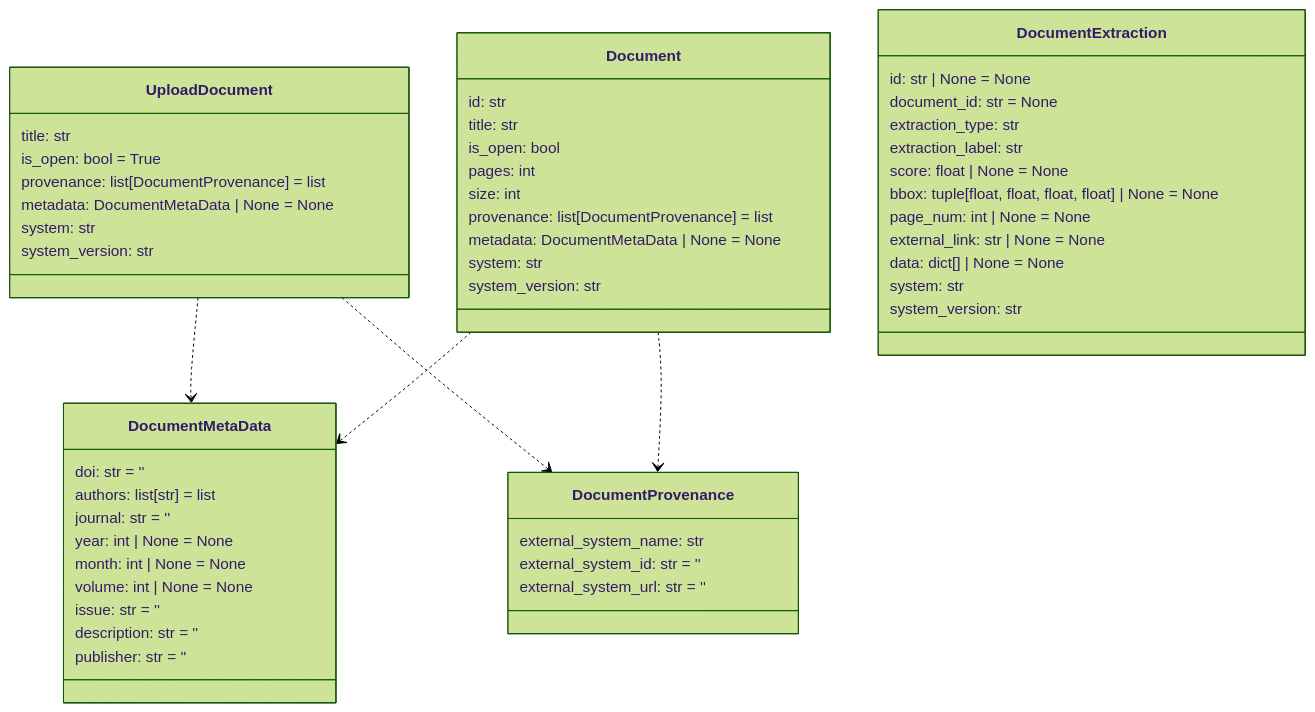
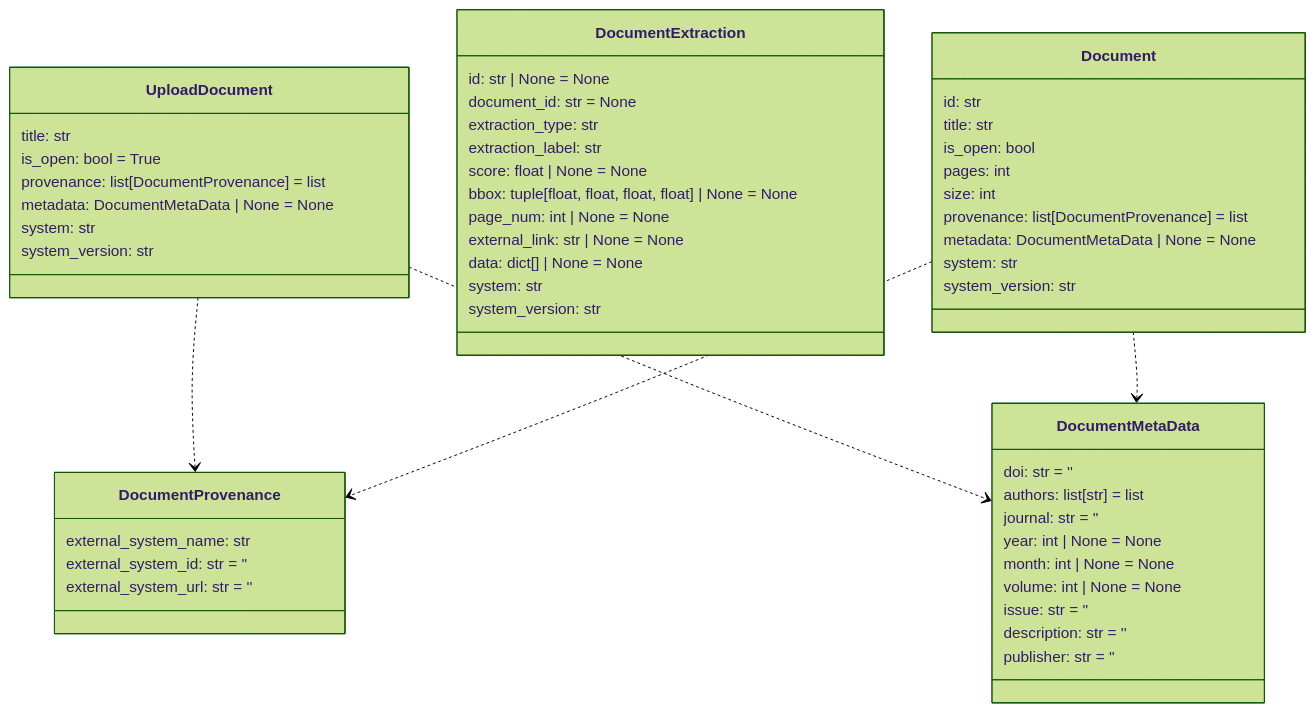
One commit to DARPA-CRITICALMAAS/cdr_schemas changed the ninth of 14 diagrams in README.md. Above: the diagram before and after it, drawn with Mermaid (forest theme). The commit also changed other lines of this file and 1 other file, not shown here.

````diff
--- a/README.md
+++ b/README.md
@@ -695,63 +695,63 @@
 ```mermaid
 classDiagram
 
     class DocumentMetaData {
         doi: str = ''
         authors: list[str] = list
         journal: str = ''
         year: int | None = None
         month: int | None = None
         volume: int | None = None
         issue: str = ''
         description: str = ''
         publisher: str = ''
     }
 
     class Document {
         id: str
         title: str
         is_open: bool
         pages: int
         size: int
         provenance: list[DocumentProvenance] = list
         metadata: DocumentMetaData | None = None
         system: str
         system_version: str
     }
 
+    class DocumentExtraction {
+        id: str | None = None
+        document_id: str = None
+        extraction_type: str
+        extraction_label: str
+        score: float | None = None
+        bbox: tuple[float, float, float, float] | None = None
+        page_num: int | None = None
+        external_link: str | None = None
+        data: dict[] | None = None
+        system: str
+        system_version: str
+    }
+
     class DocumentProvenance {
         external_system_name: str
         external_system_id: str = ''
         external_system_url: str = ''
     }
 
     class UploadDocument {
         title: str
         is_open: bool = True
         provenance: list[DocumentProvenance] = list
         metadata: DocumentMetaData | None = None
         system: str
         system_version: str
     }
 
-    class DocumentExtraction {
-        id: str | None = None
-        document_id: str = None
-        extraction_type: str
-        extraction_label: str
-        score: float | None = None
-        bbox: tuple[float, float, float, float] | None = None
-        page_num: int | None = None
-        external_link: str | None = None
-        data: dict[] | None = None
-        system: str
-        system_version: str
-    }
-
+    UploadDocument ..> DocumentProvenance
     UploadDocument ..> DocumentMetaData
-    UploadDocument ..> DocumentProvenance
+    Document ..> DocumentProvenance
     Document ..> DocumentMetaData
-    Document ..> DocumentProvenance
 
 
 ```
````
